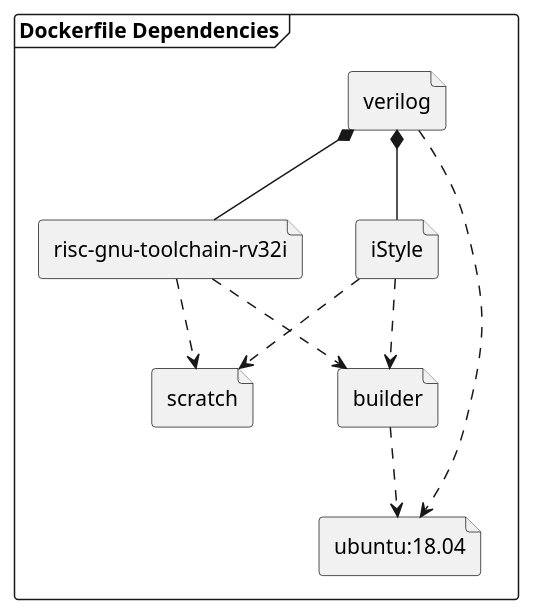
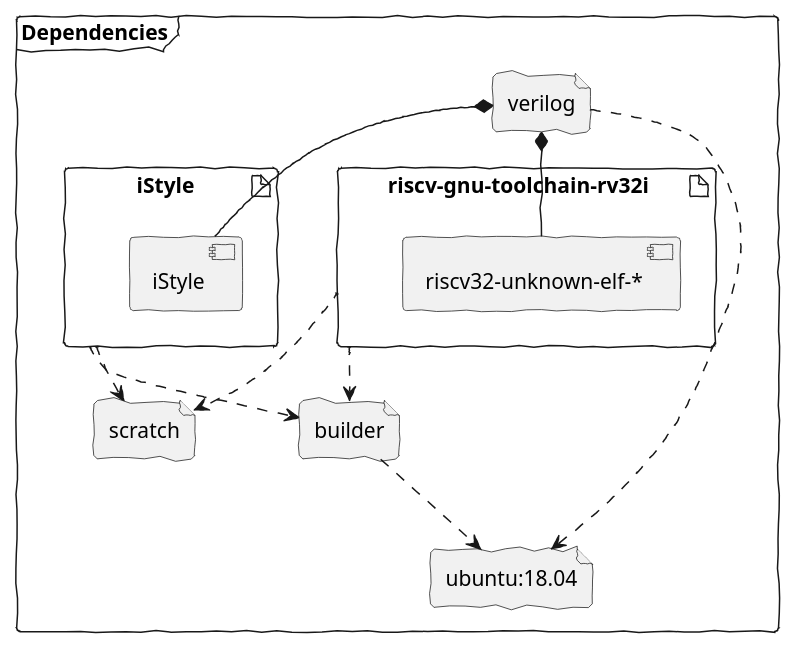
One commit to SoerenSofke/DiamondDust changed the diagram in .github/workflows/dependencies.puml. Above: the diagram before and after it, drawn with PlantUML.

Commit message:
dependencies refined

```diff
--- a/.github/workflows/dependencies.puml
+++ b/.github/workflows/dependencies.puml
@@ -1,20 +1,30 @@
 @startuml Dockerfile dependencies
+skinparam handwritten true
+skinparam monochrome true
+skinparam defaultFontName DejaVu
 
-frame "Dockerfile Dependencies" {
+frame "Dependencies" {
+
+    artifact "iStyle  " as iStyle {
+        component "iStyle" as iStyleBinary
+    }
+
+    artifact "riscv-gnu-toolchain-rv32i   " as riscvGnuToolchainRv32i {
+        component "riscv32-unknown-elf-*" as riscv32Binary
+    }
+
     file "ubuntu:18.04" as ubuntu
     file builder
-    file iStyle
-    file "risc-gnu-toolchain-rv32i" as riscGnuToolchainRv32i
     file verilog
     file scratch
 
     builder ..> ubuntu
     iStyle ..> builder
     iStyle ..> scratch
-    riscGnuToolchainRv32i ..> builder
-    riscGnuToolchainRv32i ..> scratch
+    riscvGnuToolchainRv32i ..> builder
+    riscvGnuToolchainRv32i ..> scratch
     verilog ..> ubuntu
-    verilog *-- riscGnuToolchainRv32i
-    verilog *-- iStyle
+    verilog *-- riscv32Binary
+    verilog *-- iStyleBinary
 }
 @enduml
```
